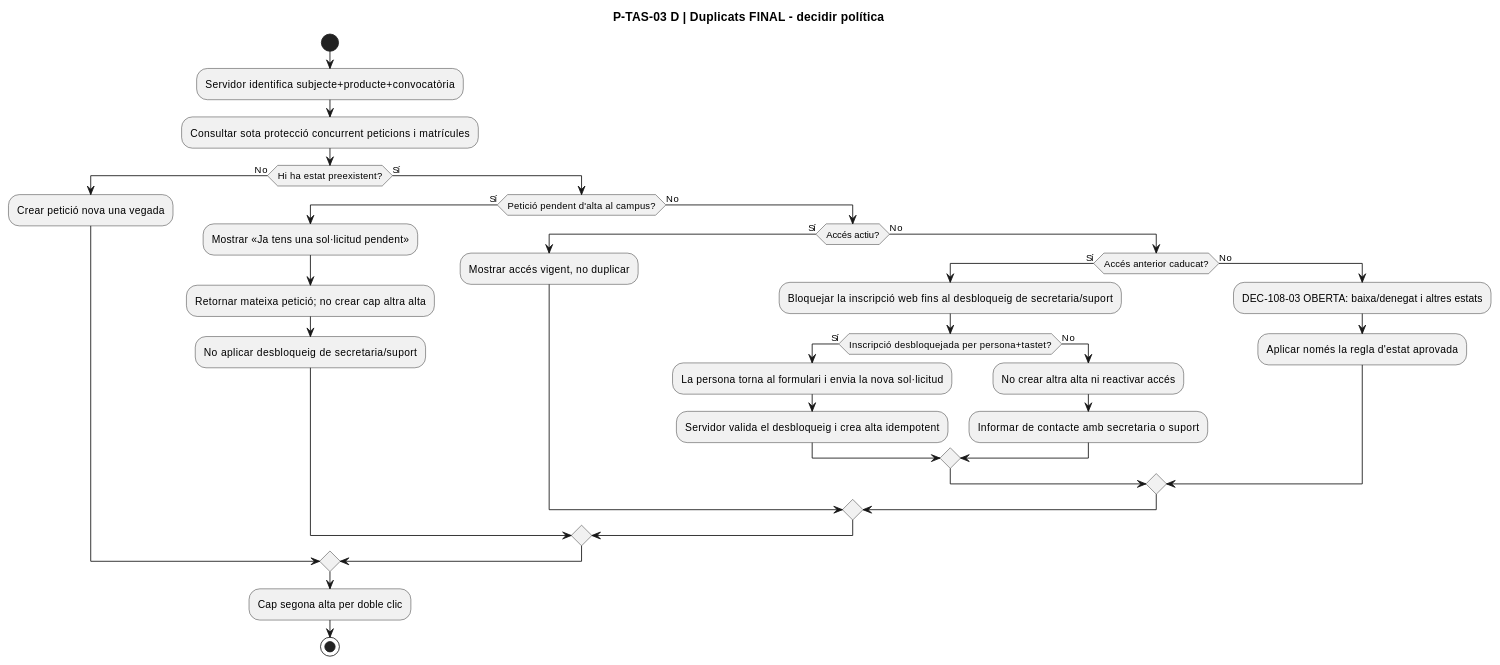
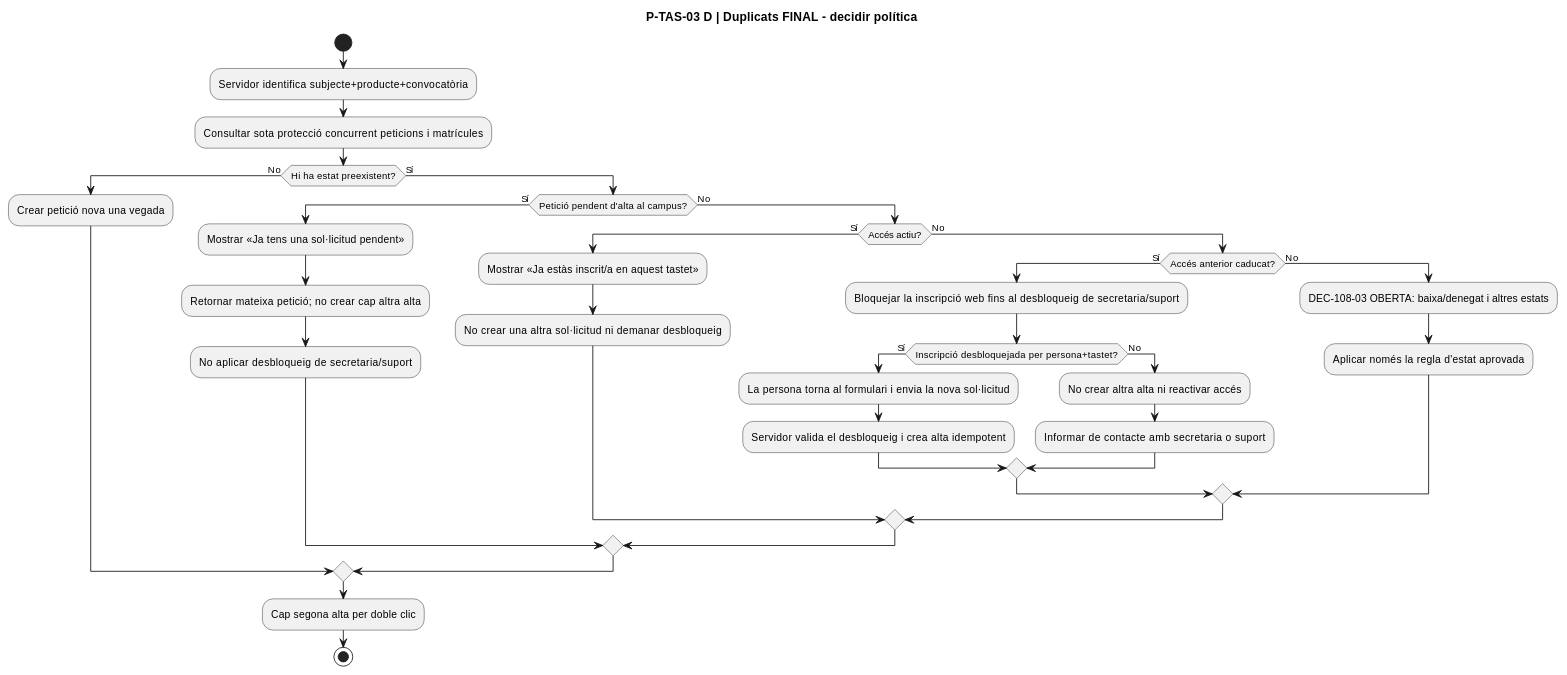
One commit to orgmeriemprismacat-del/verifactu changed diagram 24 of 32 in documentacio/07-uml-integrat/uc-108-activitats-pagines-tastets-actual-final.md. Above: the diagram before and after it, drawn with PlantUML. The commit also changed other lines of this file, not shown here.

````diff
--- a/documentacio/07-uml-integrat/uc-108-activitats-pagines-tastets-actual-final.md
+++ b/documentacio/07-uml-integrat/uc-108-activitats-pagines-tastets-actual-final.md
@@ -555,37 +560,38 @@
 ```plantuml
 @startuml
 title P-TAS-03 D | Duplicats FINAL - decidir política
 start
 :Servidor identifica subjecte+producte+convocatòria;
 :Consultar sota protecció concurrent peticions i matrícules;
 if (Hi ha estat preexistent?) then (No)
   :Crear petició nova una vegada;
 else (Sí)
   if (Petició pendent d'alta al campus?) then (Sí)
     :Mostrar «Ja tens una sol·licitud pendent»;
     :Retornar mateixa petició; no crear cap altra alta;
     :No aplicar desbloqueig de secretaria/suport;
   else (No)
     if (Accés actiu?) then (Sí)
-      :Mostrar accés vigent, no duplicar;
+      :Mostrar «Ja estàs inscrit/a en aquest tastet»;
+      :No crear una altra sol·licitud ni demanar desbloqueig;
     else (No)
       if (Accés anterior caducat?) then (Sí)
         :Bloquejar la inscripció web fins al desbloqueig de secretaria/suport;
         if (Inscripció desbloquejada per persona+tastet?) then (Sí)
           :La persona torna al formulari i envia la nova sol·licitud;
           :Servidor valida el desbloqueig i crea alta idempotent;
         else (No)
           :No crear altra alta ni reactivar accés;
           :Informar de contacte amb secretaria o suport;
         endif
       else (No)
         :DEC-108-03 OBERTA: baixa/denegat i altres estats;
         :Aplicar només la regla d'estat aprovada;
       endif
     endif
   endif
 endif
 :Cap segona alta per doble clic;
 stop
 @enduml
 ```
````
